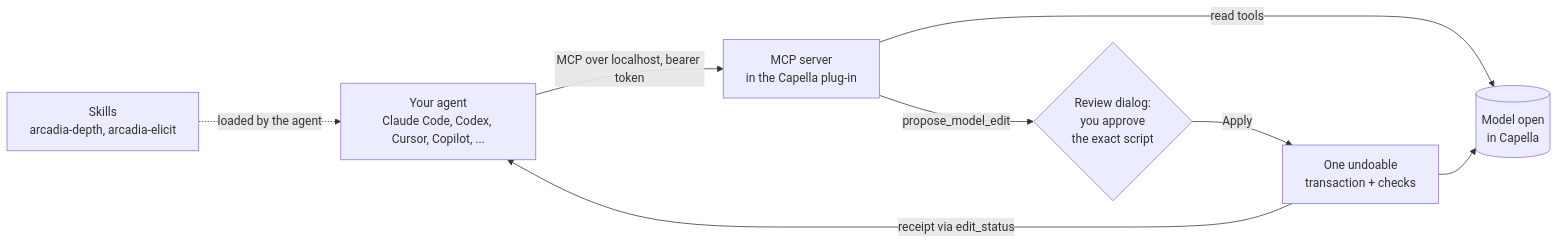
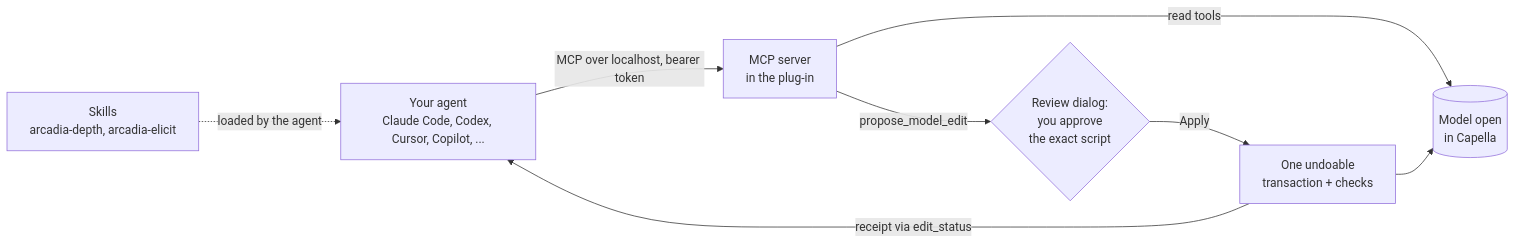
The diagram in README.md (sidkolapalli/agent-toolkit-for-capella), drawn with Mermaid before and after one commit. The commit also changed other lines of this file and 52 other files, not shown here.

First line of the commit message:
Rename to Agent Toolkit for Capella and AI Assistant for Capella (Eclipse trademark policy) (#13)

````diff
--- a/README.md
+++ b/README.md
@@ -58,10 +58,10 @@
 ```mermaid
 flowchart LR
-    A["Your agent<br/>Claude Code, Codex, Cursor, Copilot, ..."] -->|"MCP over localhost, bearer token"| S["MCP server<br/>in the Capella plug-in"]
+    A["Your agent<br/>Claude Code, Codex, Cursor, Copilot, ..."] -->|"MCP over localhost, bearer token"| S["MCP server<br/>in the plug-in"]
     K["Skills<br/>arcadia-depth, arcadia-elicit"] -.->|"loaded by the agent"| A
     S -->|"read tools"| M[("Model open<br/>in Capella")]
     S -->|"propose_model_edit"| R{"Review dialog:<br/>you approve<br/>the exact script"}
     R -->|"Apply"| T["One undoable<br/>transaction + checks"]
     T --> M
     T -->|"receipt via edit_status"| A
 ```
````
